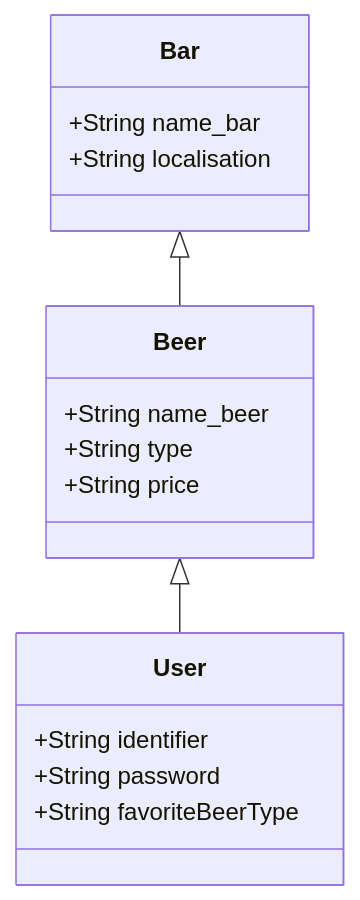
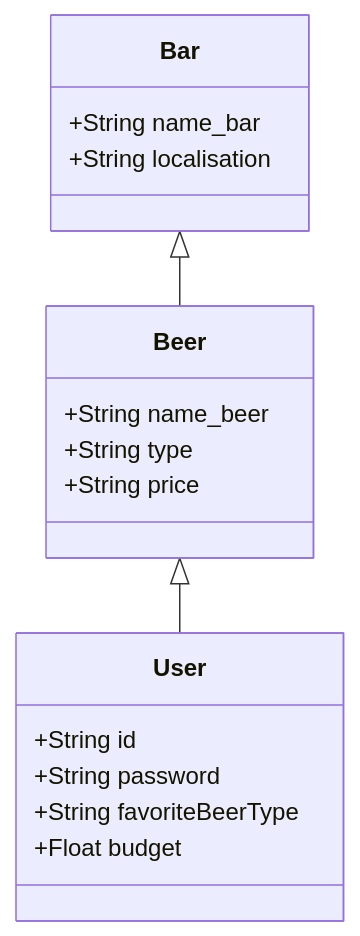
Before and after one commit to DonMako/beer: the diagram in README.md, drawn with Mermaid. The commit also changed 1 other file, not shown here.

Commit message:
Màj du README

````diff
--- a/README.md
+++ b/README.md
@@ -14,19 +14,20 @@
 ```mermaid
 classDiagram
     Beer <|-- User
     Bar <|-- Beer
     class User{
-      +String identifier
+      +String id
       +String password
       +String favoriteBeerType
+      +Float budget
     }
     class Beer{
       +String name_beer
       +String type
       +String price
     }
     class Bar{
       +String name_bar
       +String localisation
     }
 ```
````
